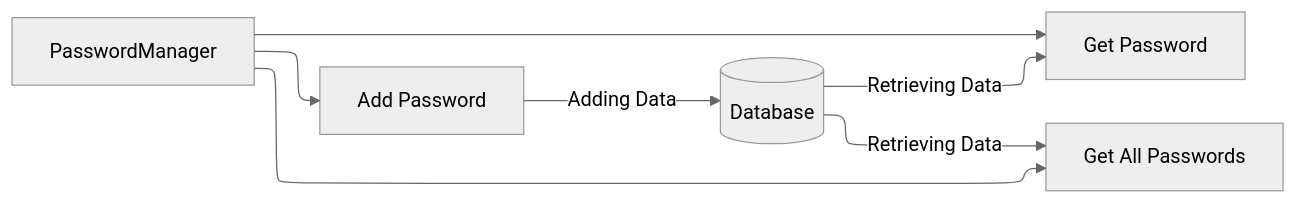
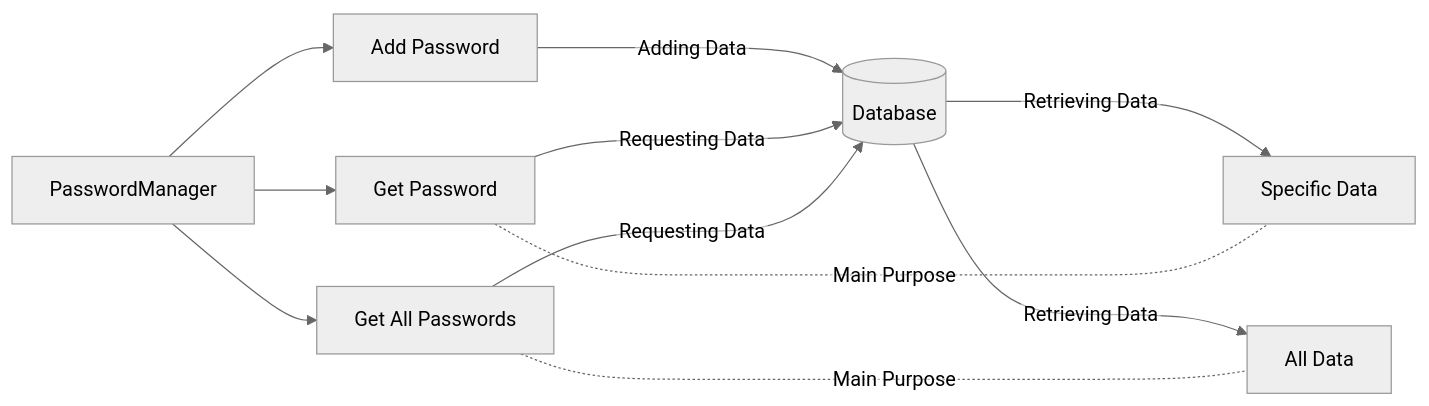
Before and after one commit to mikiminachx/pw-manager: the diagram in README.md, drawn with Mermaid (neutral theme).

````diff
--- a/README.md
+++ b/README.md
@@ -5,11 +5,15 @@
 ```mermaid
-%%{init: {"flowchart": {"defaultRenderer": "elk"}} }%%
+%%{init: {"flowchart": {"htmlLabels": false}} }%%
 flowchart LR;
   A[PasswordManager];
   A-->B[Add Password];
   A-->C[Get Password];
   A-->D[Get All Passwords];
-  B-- Adding Data -->E[(Database)];
-  E-- Retrieving Data -->C;
-  E-- Retrieving Data -->D;
+  B-- Adding Data --->E[(Database)];
+  C-- Requesting Data --->E;
+  D-- Requesting Data --->E;
+  E-- Retrieving Data --->F[Specific Data];
+  E-- Retrieving Data --->G[All Data];
+  C-. Main Purpose .-F;
+  D-. Main Purpose .-G
 ```
````
